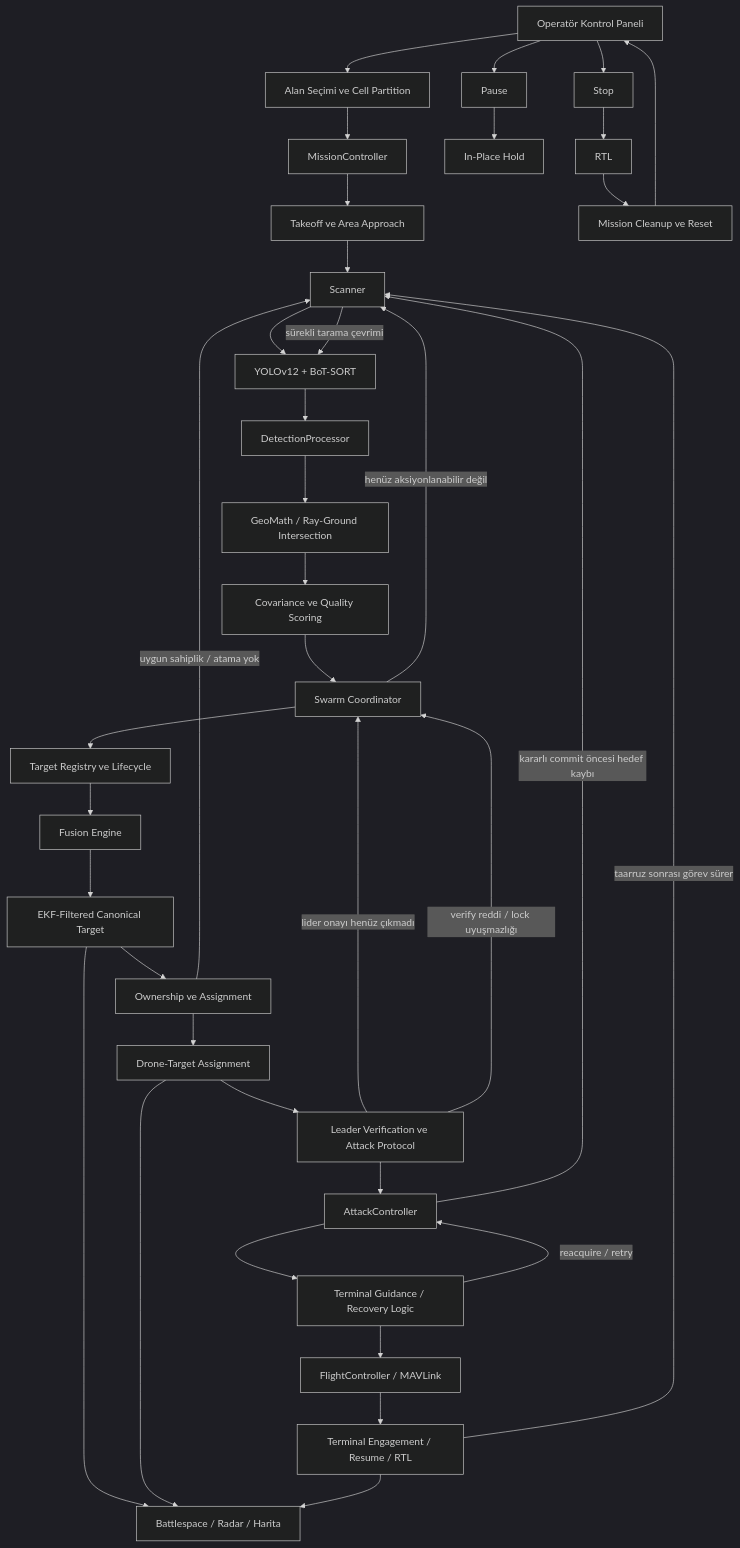
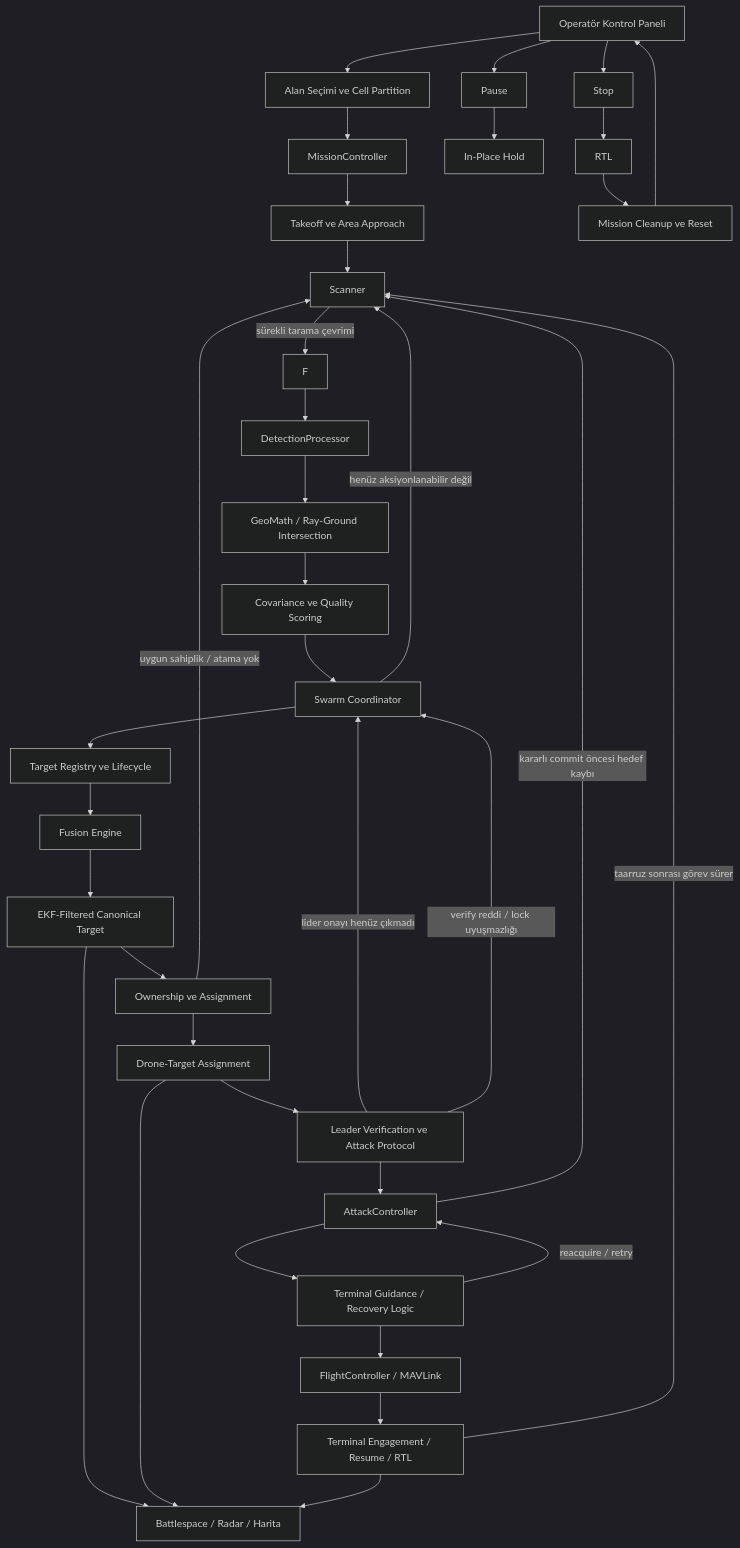
Before and after one commit to koesan/ORCUS: the third of 4 diagrams in README.md, drawn with Mermaid (dark theme). The commit also changed other lines of this file, not shown here.

````diff
--- a/README.md
+++ b/README.md
@@ -437,43 +436,42 @@
 ```mermaid
 flowchart TD
     A[Operatör Kontrol Paneli] --> B[Alan Seçimi ve Cell Partition]
     B --> C[MissionController]
     C --> D[Takeoff ve Area Approach]
     D --> E[Scanner]
-    E --> F[YOLOv12 + BoT-SORT]
     F --> G[DetectionProcessor]
     G --> H[GeoMath / Ray-Ground Intersection]
     H --> I[Covariance ve Quality Scoring]
     I --> J[Swarm Coordinator]
 
     J --> K[Target Registry ve Lifecycle]
     K --> L[Fusion Engine]
     L --> M[EKF-Filtered Canonical Target]
     M --> N[Ownership ve Assignment]
     N --> O[Drone-Target Assignment]
     O --> P[Leader Verification ve Attack Protocol]
     P --> Q[AttackController]
     Q --> R[Terminal Guidance / Recovery Logic]
     R --> S[FlightController / MAVLink]
     S --> T[Terminal Engagement / Resume / RTL]
 
     M --> U[Battlespace / Radar / Harita]
     O --> U
     T --> U
 
     E -->|sürekli tarama çevrimi| F
     J -->|henüz aksiyonlanabilir değil| E
     N -->|uygun sahiplik / atama yok| E
     P -->|lider onayı henüz çıkmadı| J
     P -->|verify reddi / lock uyuşmazlığı| J
     Q -->|kararlı commit öncesi hedef kaybı| E
     R -->|reacquire / retry| Q
     T -->|taarruz sonrası görev sürer| E
 
     A --> V[Pause]
     A --> W[Stop]
     V --> X[In-Place Hold]
     W --> Y[RTL]
     Y --> Z[Mission Cleanup ve Reset]
     Z --> A
 ```
````
